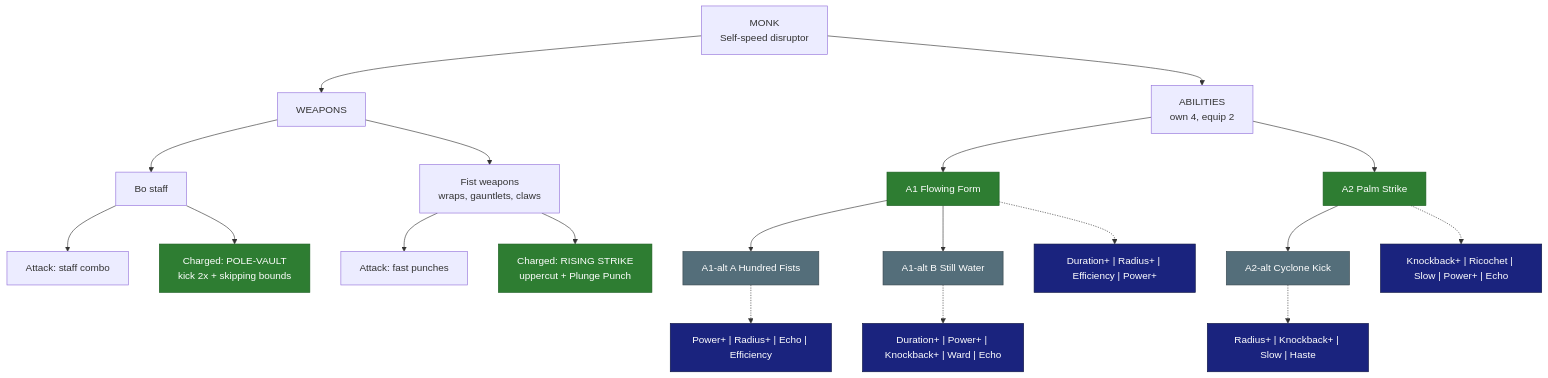
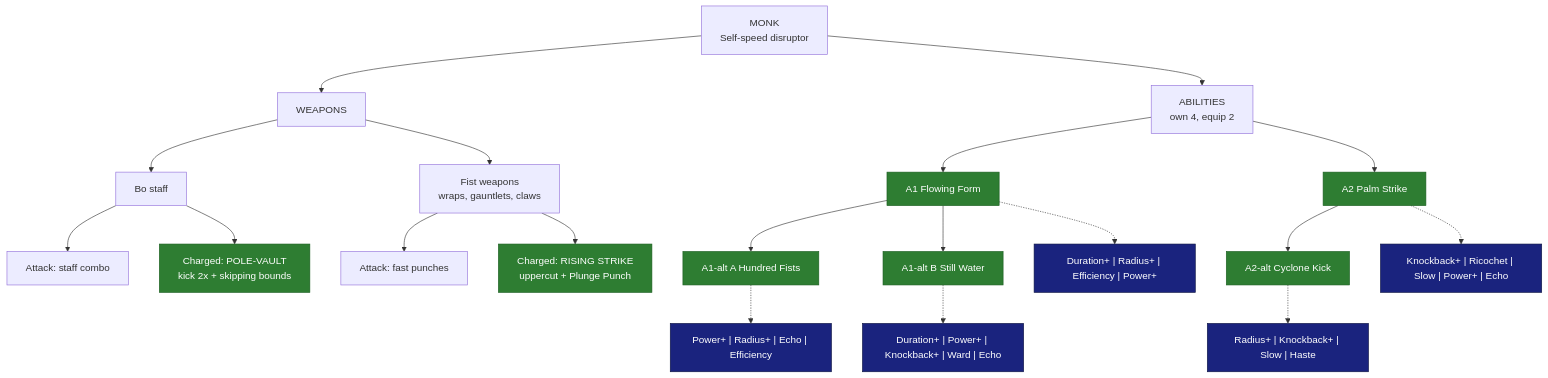
Before and after one commit to SkyyPlayz/SkyyWynnBlock: the diagram in research/classes/Monk.md, drawn with Mermaid. The commit also changed other lines of this file and 12 other files, not shown here.

````diff
--- a/research/classes/Monk.md
+++ b/research/classes/Monk.md
@@ -20,28 +20,27 @@
 ```mermaid
 flowchart TD
   CLS["MONK<br/>Self-speed disruptor"]
   CLS --> WPN["WEAPONS"]
   CLS --> ABL["ABILITIES<br/>own 4, equip 2"]
   WPN --> BO["Bo staff"]
   BO --> BOa["Attack: staff combo"]
   BO --> BOc["Charged: POLE-VAULT<br/>kick 2x + skipping bounds"]
   WPN --> FI["Fist weapons<br/>wraps, gauntlets, claws"]
   FI --> FIa["Attack: fast punches"]
   FI --> FIc["Charged: RISING STRIKE<br/>uppercut + Plunge Punch"]
   ABL --> A1["A1 Flowing Form"]
   A1 --> A1A["A1-alt A Hundred Fists"]
   A1 --> A1B["A1-alt B Still Water"]
   ABL --> A2["A2 Palm Strike"]
   A2 --> A2X["A2-alt Cyclone Kick"]
   A1 -.-> M1["Duration+ | Radius+ | Efficiency | Power+"]
   A1A -.-> M2["Power+ | Radius+ | Echo | Efficiency"]
   A1B -.-> M3["Duration+ | Power+ | Knockback+ | Ward | Echo"]
   A2 -.-> M4["Knockback+ | Ricochet | Slow | Power+ | Echo"]
   A2X -.-> M5["Radius+ | Knockback+ | Slow | Haste"]
   classDef locked fill:#2e7d32,color:#fff,stroke:#1b5e20
   classDef proposed fill:#546e7a,color:#fff,stroke:#37474f
   classDef mods fill:#1a237e,color:#fff,stroke:#0d1442
-  class A1,A2,BOc,FIc locked
-  class A1A,A1B,A2X proposed
+  class A1,A2,BOc,FIc,A1A,A1B,A2X locked
   class M1,M2,M3,M4,M5 mods
 ```
````
